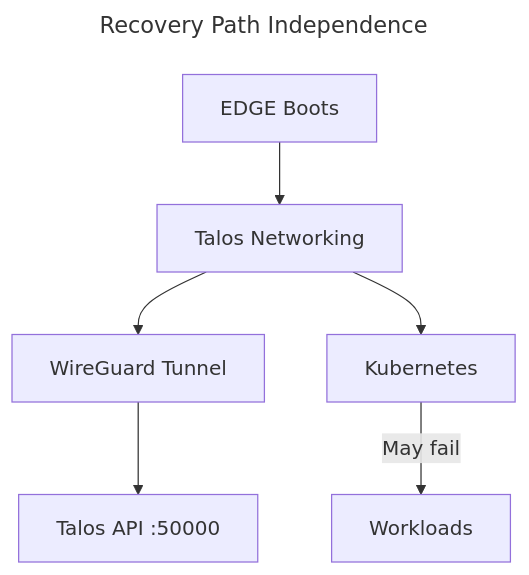
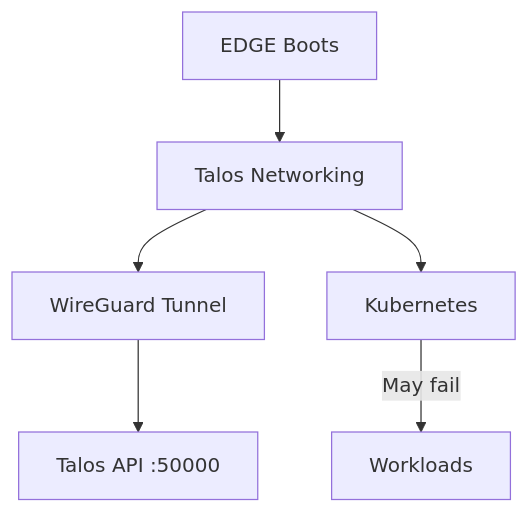
One commit to naren4b/learn-talos changed diagram 26 of 35 in docs/track-2-secure-edge/README.md. Above: the diagram before and after it, drawn with Mermaid. The commit also changed other lines of this file, not shown here.

Commit message:
docs: fix GitHub Mermaid rich display errors

````diff
--- a/docs/track-2-secure-edge/README.md
+++ b/docs/track-2-secure-edge/README.md
@@ -1747,11 +1748,8 @@
 ```mermaid
----
-title: Recovery Path Independence
----
 flowchart TD
     A[EDGE Boots] --> B[Talos Networking]
     B --> C[WireGuard Tunnel]
     C --> D[Talos API :50000]
     B --> E[Kubernetes]
     E -->|May fail| F[Workloads]
 ```
````
